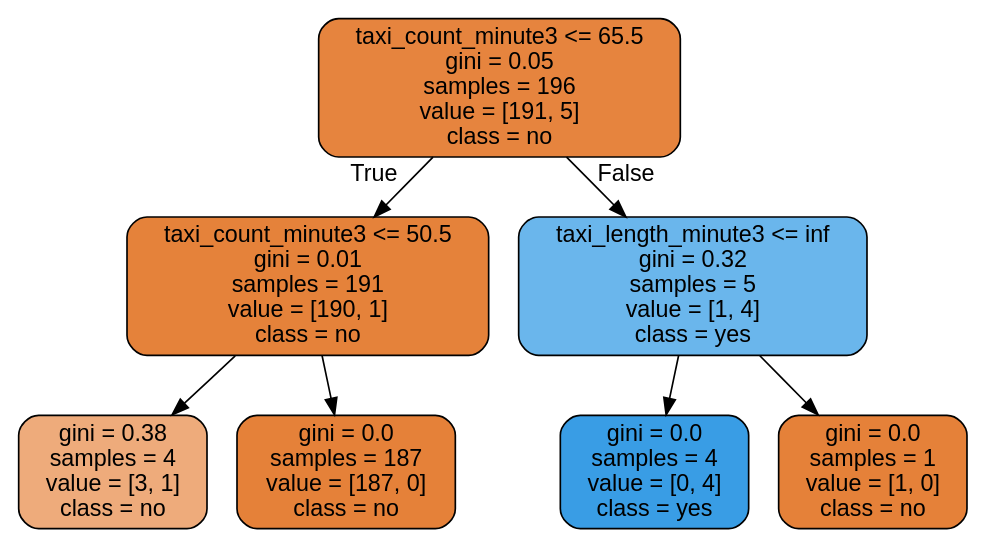
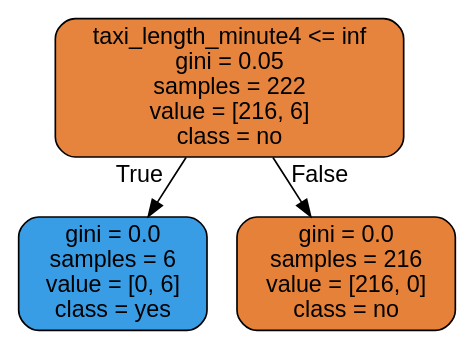
The diagram in t4_should_go.dot (DungDinhDungDinh/capstone_project), drawn with Graphviz before and after one commit. The commit also changed 550 other files, not shown here.

```diff
--- a/t4_should_go.dot
+++ b/t4_should_go.dot
@@ -1,17 +1,9 @@
 digraph Tree {
 node [shape=box, style="filled, rounded", color="black", fontname="helvetica"] ;
 edge [fontname="helvetica"] ;
-0 [label="taxi_count_minute3 <= 65.5\ngini = 0.05\nsamples = 196\nvalue = [191, 5]\nclass = no", fillcolor="#e6843e"] ;
-1 [label="taxi_count_minute3 <= 50.5\ngini = 0.01\nsamples = 191\nvalue = [190, 1]\nclass = no", fillcolor="#e5823a"] ;
+0 [label="taxi_length_minute4 <= inf\ngini = 0.05\nsamples = 222\nvalue = [216, 6]\nclass = no", fillcolor="#e6843e"] ;
+1 [label="gini = 0.0\nsamples = 6\nvalue = [0, 6]\nclass = yes", fillcolor="#399de5"] ;
 0 -> 1 [labeldistance=2.5, labelangle=45, headlabel="True"] ;
-2 [label="gini = 0.38\nsamples = 4\nvalue = [3, 1]\nclass = no", fillcolor="#eeab7b"] ;
-1 -> 2 ;
-3 [label="gini = 0.0\nsamples = 187\nvalue = [187, 0]\nclass = no", fillcolor="#e58139"] ;
-1 -> 3 ;
-4 [label="taxi_length_minute3 <= inf\ngini = 0.32\nsamples = 5\nvalue = [1, 4]\nclass = yes", fillcolor="#6ab6ec"] ;
-0 -> 4 [labeldistance=2.5, labelangle=-45, headlabel="False"] ;
-5 [label="gini = 0.0\nsamples = 4\nvalue = [0, 4]\nclass = yes", fillcolor="#399de5"] ;
-4 -> 5 ;
-6 [label="gini = 0.0\nsamples = 1\nvalue = [1, 0]\nclass = no", fillcolor="#e58139"] ;
-4 -> 6 ;
+2 [label="gini = 0.0\nsamples = 216\nvalue = [216, 0]\nclass = no", fillcolor="#e58139"] ;
+0 -> 2 [labeldistance=2.5, labelangle=-45, headlabel="False"] ;
 }
```
